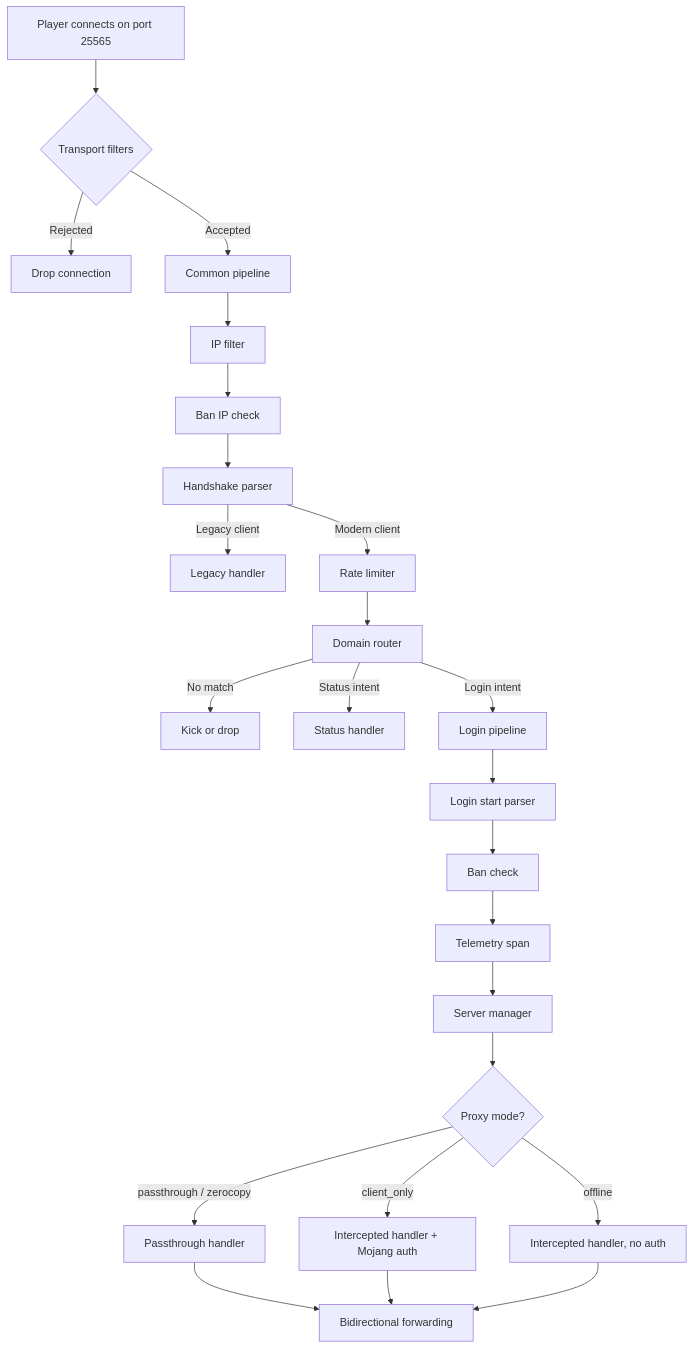
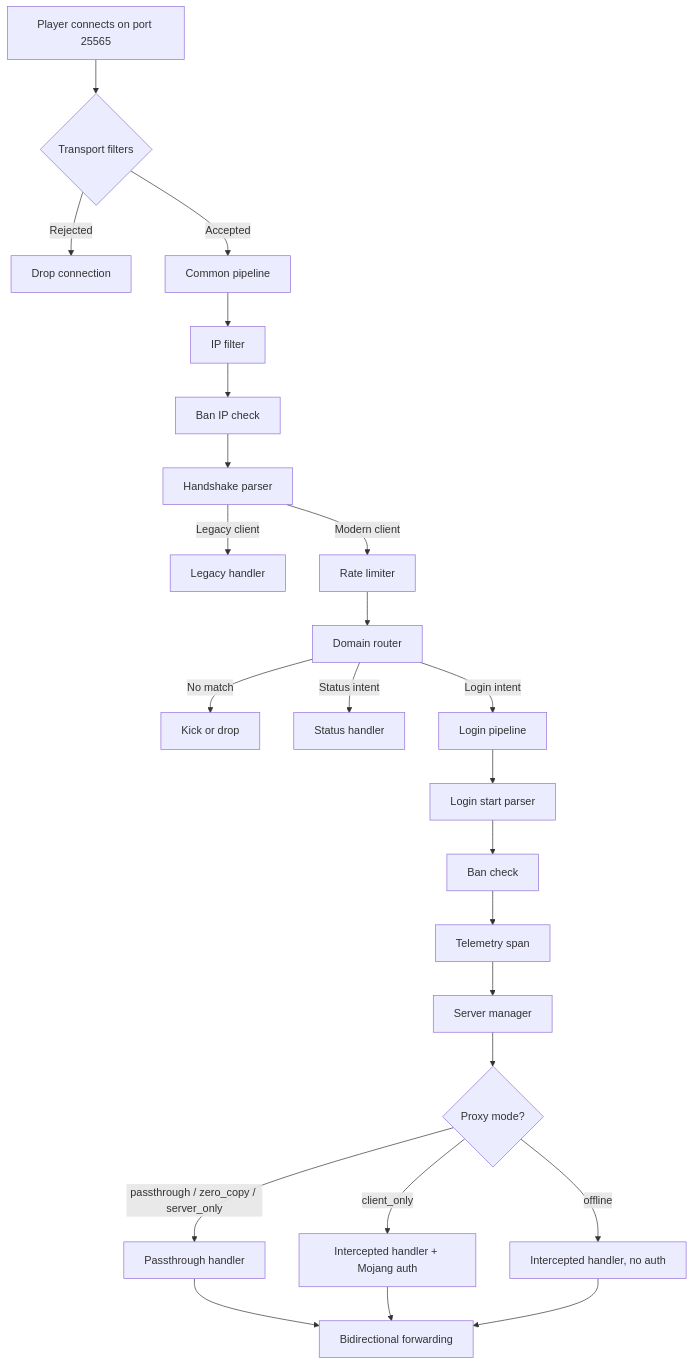
Before and after one commit to Shadowner/Infrarust: the diagram in docs/v2/guide/how-it-works.md, drawn with Mermaid. The commit also changed other lines of this file and 68 other files, not shown here.

````diff
--- a/docs/v2/guide/how-it-works.md
+++ b/docs/v2/guide/how-it-works.md
@@ -13,31 +13,31 @@
 ```mermaid
 flowchart TD
     A[Player connects on port 25565] --> TF{Transport filters}
     TF -->|Rejected| DROP[Drop connection]
     TF -->|Accepted| CP[Common pipeline]
 
     CP --> IP[IP filter]
     IP --> BAN_IP[Ban IP check]
     BAN_IP --> HS[Handshake parser]
     HS -->|Legacy client| LEGACY[Legacy handler]
     HS -->|Modern client| RL[Rate limiter]
     RL --> DR[Domain router]
     DR -->|No match| REJECT[Kick or drop]
 
     DR -->|Status intent| STATUS[Status handler]
     DR -->|Login intent| LP[Login pipeline]
 
     LP --> LS[Login start parser]
     LS --> BAN[Ban check]
     BAN --> TEL[Telemetry span]
     TEL --> SM[Server manager]
 
     SM --> MODE{Proxy mode?}
-    MODE -->|passthrough / zerocopy| PT[Passthrough handler]
+    MODE -->|passthrough / zero_copy / server_only| PT[Passthrough handler]
     MODE -->|client_only| CO[Intercepted handler + Mojang auth]
     MODE -->|offline| OFF[Intercepted handler, no auth]
 
     PT --> FWD[Bidirectional forwarding]
     CO --> FWD
     OFF --> FWD
 ```
````
